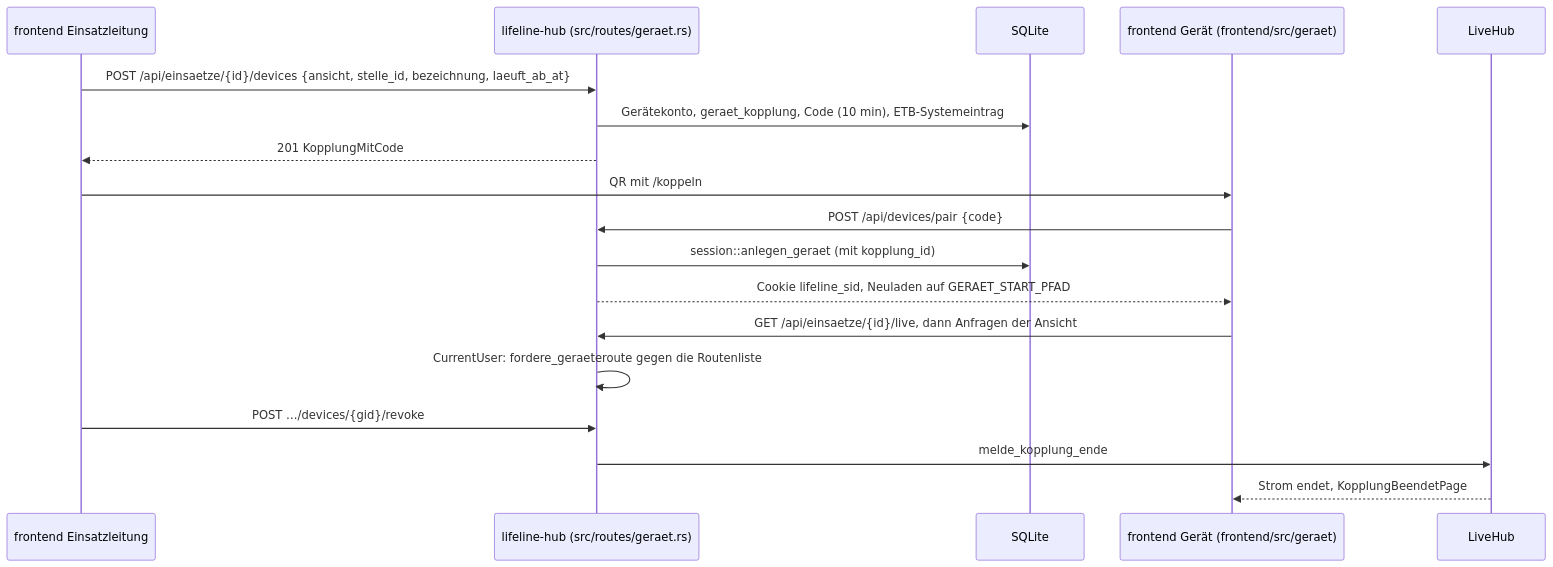
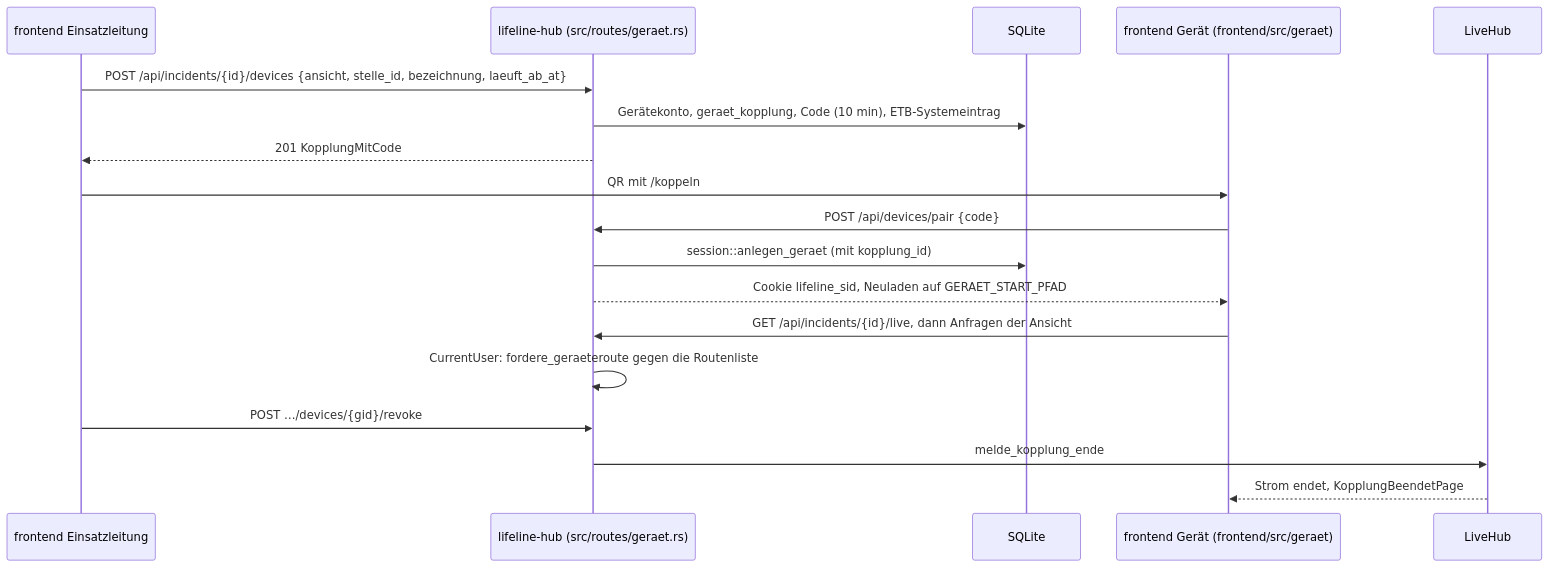
The seventh of 19 diagrams in docs/architektur/06-laufzeitsicht.md (rubenvitt/lifeline-hub), drawn with Mermaid before and after one commit. The commit also changed other lines of this file and 1137 other files, not shown here.

First line of the commit message:
refactor: Präfix /api/einsaetze heißt /api/incidents (LLH-2061)

````diff
--- a/docs/architektur/06-laufzeitsicht.md
+++ b/docs/architektur/06-laufzeitsicht.md
@@ -255,20 +255,20 @@
 ```mermaid
 sequenceDiagram
   participant EL as frontend Einsatzleitung
   participant BE as lifeline-hub (src/routes/geraet.rs)
   participant DB as SQLite
   participant G as frontend Gerät (frontend/src/geraet)
   participant Hub as LiveHub
-  EL->>BE: POST /api/einsaetze/{id}/devices {ansicht, stelle_id, bezeichnung, laeuft_ab_at}
+  EL->>BE: POST /api/incidents/{id}/devices {ansicht, stelle_id, bezeichnung, laeuft_ab_at}
   BE->>DB: Gerätekonto, geraet_kopplung, Code (10 min), ETB-Systemeintrag
   BE-->>EL: 201 KopplungMitCode
   EL->>G: QR mit /koppeln#CODE
   G->>BE: POST /api/devices/pair {code}
   BE->>DB: session::anlegen_geraet (mit kopplung_id)
   BE-->>G: Cookie lifeline_sid, Neuladen auf GERAET_START_PFAD
-  G->>BE: GET /api/einsaetze/{id}/live, dann Anfragen der Ansicht
+  G->>BE: GET /api/incidents/{id}/live, dann Anfragen der Ansicht
   BE->>BE: CurrentUser: fordere_geraeteroute gegen die Routenliste
   EL->>BE: POST …/devices/{gid}/revoke
   BE->>Hub: melde_kopplung_ende
   Hub-->>G: Strom endet, KopplungBeendetPage
 ```
````
